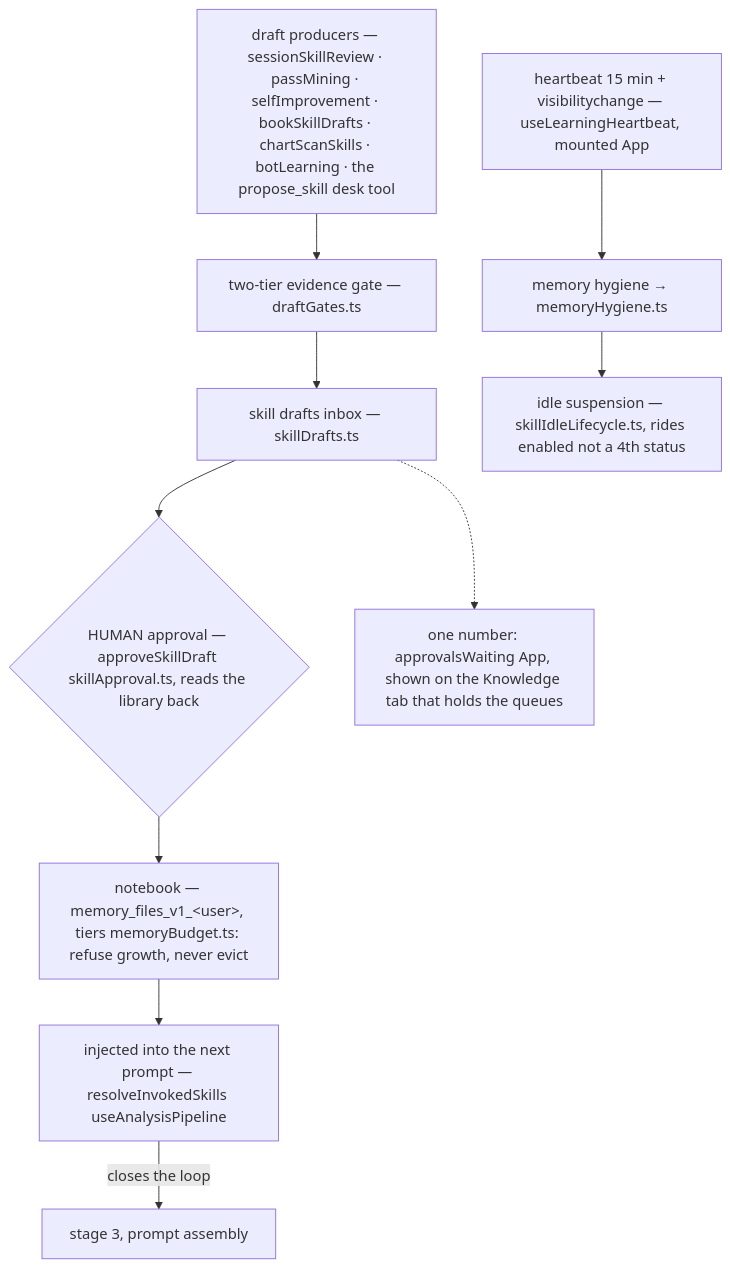
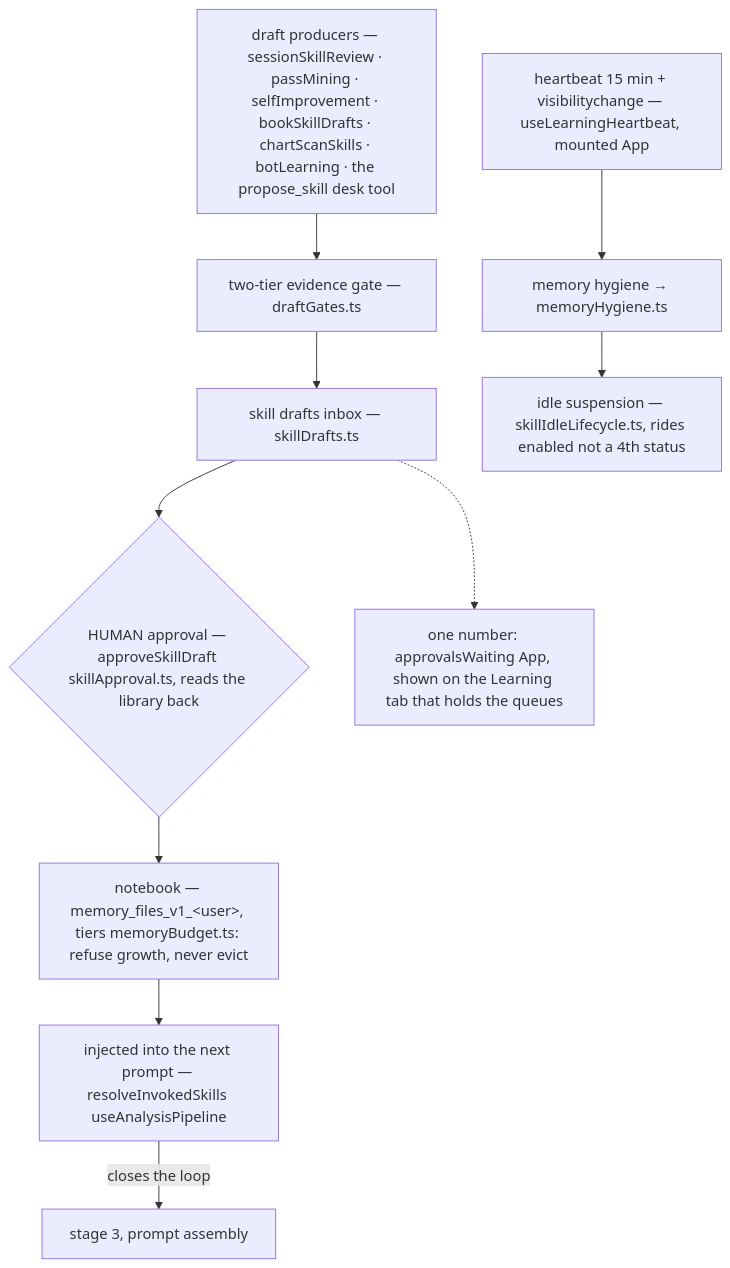
One commit to Acepay25/august-3.5 changed the fourth of 8 diagrams in docs/app-flow.md. Above: the diagram before and after it, drawn with Mermaid. The commit also changed other lines of this file and 81 other files, not shown here.

````diff
--- a/docs/app-flow.md
+++ b/docs/app-flow.md
@@ -378,13 +378,13 @@
 ```mermaid
 flowchart TD
     P["draft producers — sessionSkillReview · passMining · selfImprovement · bookSkillDrafts · chartScanSkills · botLearning · the propose_skill desk tool"] --> GT["two-tier evidence gate — draftGates.ts"]
     GT --> IN["skill drafts inbox — skillDrafts.ts"]
     IN --> HU{"HUMAN approval — approveSkillDraft skillApproval.ts, reads the library back"}
     HU --> NB["notebook — memory_files_v1_&lt;user&gt;, tiers memoryBudget.ts: refuse growth, never evict"]
     NB --> INJ["injected into the next prompt — resolveInvokedSkills useAnalysisPipeline"]
     INJ -->|closes the loop| C3["stage 3, prompt assembly"]
     HB["heartbeat 15 min + visibilitychange — useLearningHeartbeat, mounted App"] --> HYG["memory hygiene → memoryHygiene.ts"]
     HYG --> IDL["idle suspension — skillIdleLifecycle.ts, rides enabled not a 4th status"]
-    BADGE["one number: approvalsWaiting App, shown on the Knowledge tab that holds the queues"]
+    BADGE["one number: approvalsWaiting App, shown on the Learning tab that holds the queues"]
     IN -.-> BADGE
 ```
````
